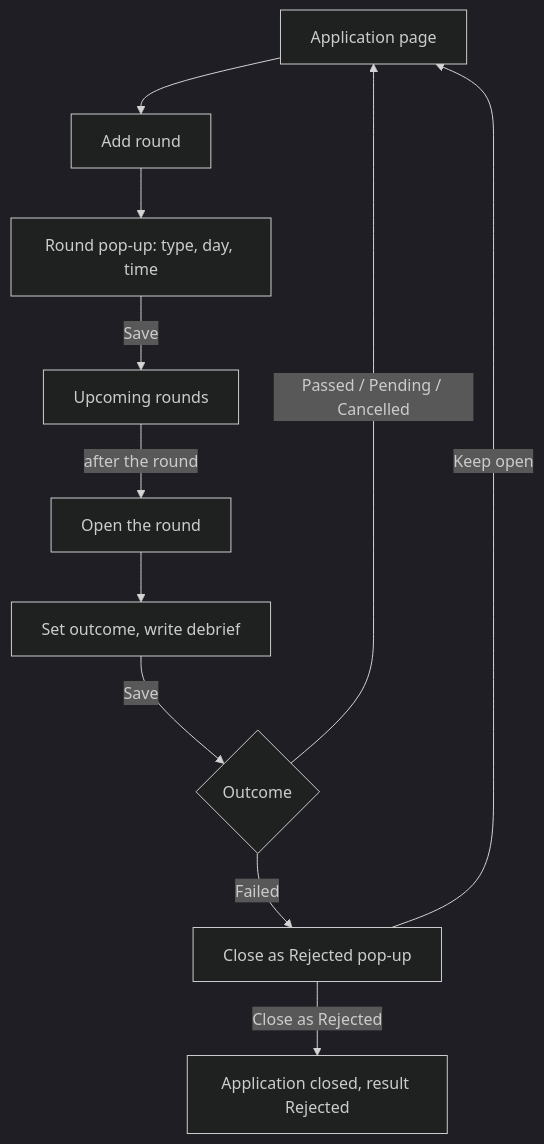
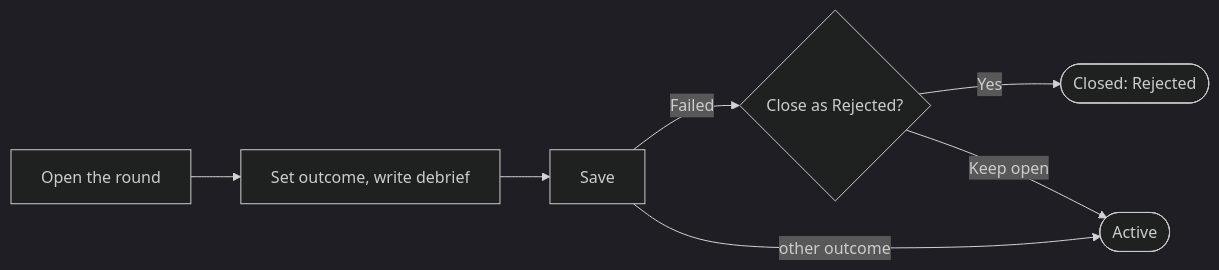
The first of 2 diagrams in docs/design/flows.md (heaped-and-stacked/applications-saved-as-private), drawn with Mermaid (dark theme) before and after one commit. The commit also changed other lines of this file and 2 other files, not shown here.

First line of the commit message:
Simplify the design documents and replace the Home summary with an Upcoming toggle

````diff
--- a/docs/design/flows.md
+++ b/docs/design/flows.md
@@ -83,13 +77,8 @@
 ```mermaid
-flowchart TD
-    AP[Application page] --> R[Add round]
-    R --> F[Round pop-up: type, day, time]
-    F -- Save --> UP[Upcoming rounds]
-    UP -- after the round --> E[Open the round]
-    E --> D[Set outcome, write debrief]
-    D -- Save --> O{Outcome}
-    O -- Passed / Pending / Cancelled --> AP
-    O -- Failed --> Q[Close as Rejected pop-up]
-    Q -- Close as Rejected --> CL[Application closed, result Rejected]
-    Q -- Keep open --> AP
+flowchart LR
+    R[Open the round] --> D[Set outcome, write debrief] --> S[Save]
+    S -- Failed --> Q{Close as Rejected?}
+    Q -- Yes --> C([Closed: Rejected])
+    Q -- Keep open --> A([Active])
+    S -- other outcome --> A
 ```
````
